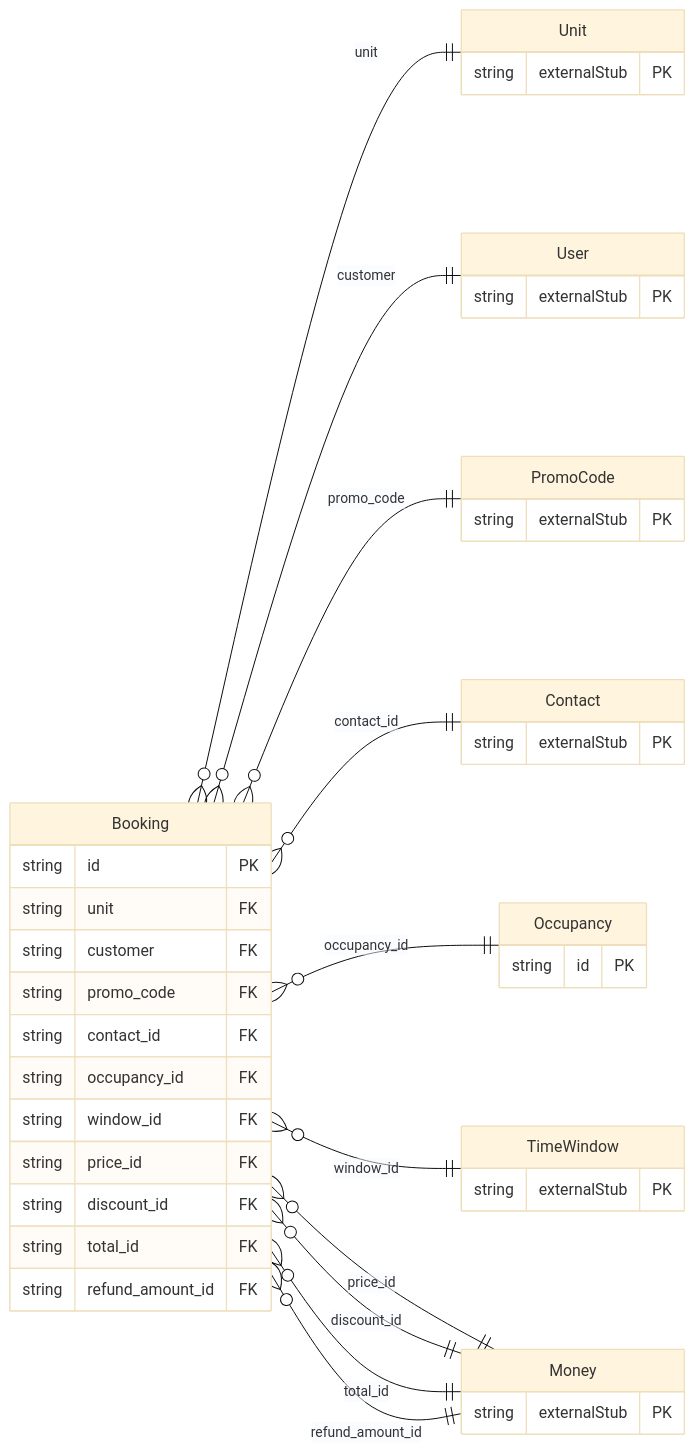
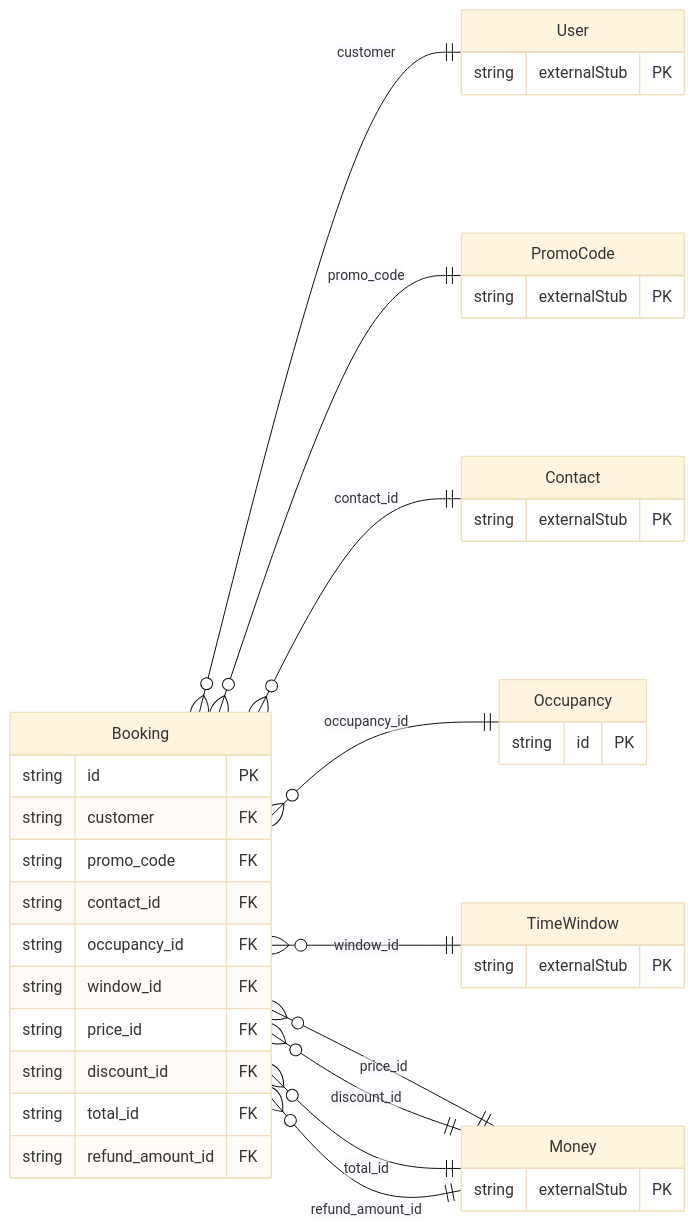
The diagram in protobuf/generated/prisma/freebusy/scheduling/README.md (build-a-company/freebusy), drawn with Mermaid (base theme) before and after one commit. The commit also changed 141 other files, not shown here.

Commit message:
Remove deprecated property and unit management code, including related telemetry and protobuf definitions, to streamline the service architecture.

````diff
--- a/protobuf/generated/prisma/freebusy/scheduling/README.md
+++ b/protobuf/generated/prisma/freebusy/scheduling/README.md
@@ -13,48 +13,43 @@
 ```mermaid
 erDiagram
     direction LR
     Booking {
         string id PK
-        string unit FK
         string customer FK
         string promo_code FK
         string contact_id FK
         string occupancy_id FK
         string window_id FK
         string price_id FK
         string discount_id FK
         string total_id FK
         string refund_amount_id FK
     }
     Occupancy {
         string id PK
     }
     Contact {
         string externalStub PK
     }
     Money {
         string externalStub PK
     }
     PromoCode {
         string externalStub PK
     }
     TimeWindow {
         string externalStub PK
     }
-    Unit {
-        string externalStub PK
-    }
     User {
         string externalStub PK
     }
-    Booking }o--|| Unit : "unit"
     Booking }o--|| User : "customer"
     Booking }o--|| PromoCode : "promo_code"
     Booking }o--|| Contact : "contact_id"
     Booking }o--|| Occupancy : "occupancy_id"
     Booking }o--|| TimeWindow : "window_id"
     Booking }o--|| Money : "price_id"
     Booking }o--|| Money : "discount_id"
     Booking }o--|| Money : "total_id"
     Booking }o--|| Money : "refund_amount_id"
 ```
````
